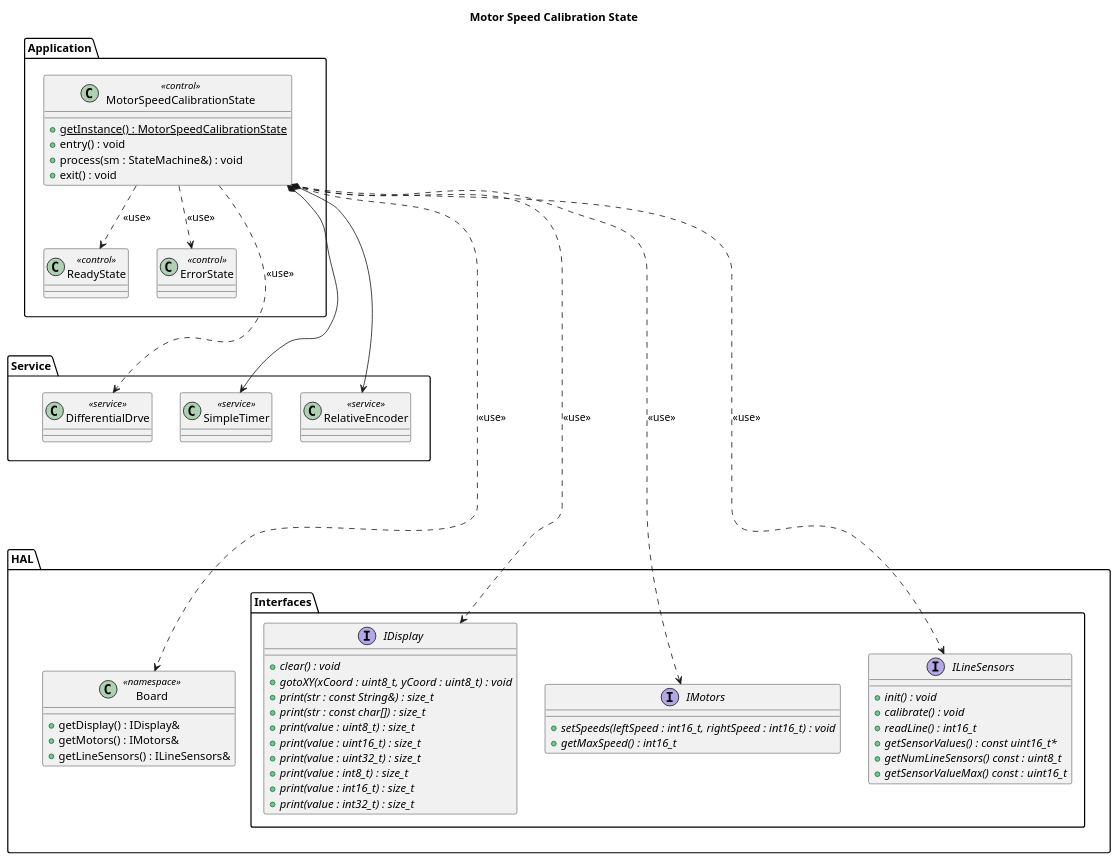
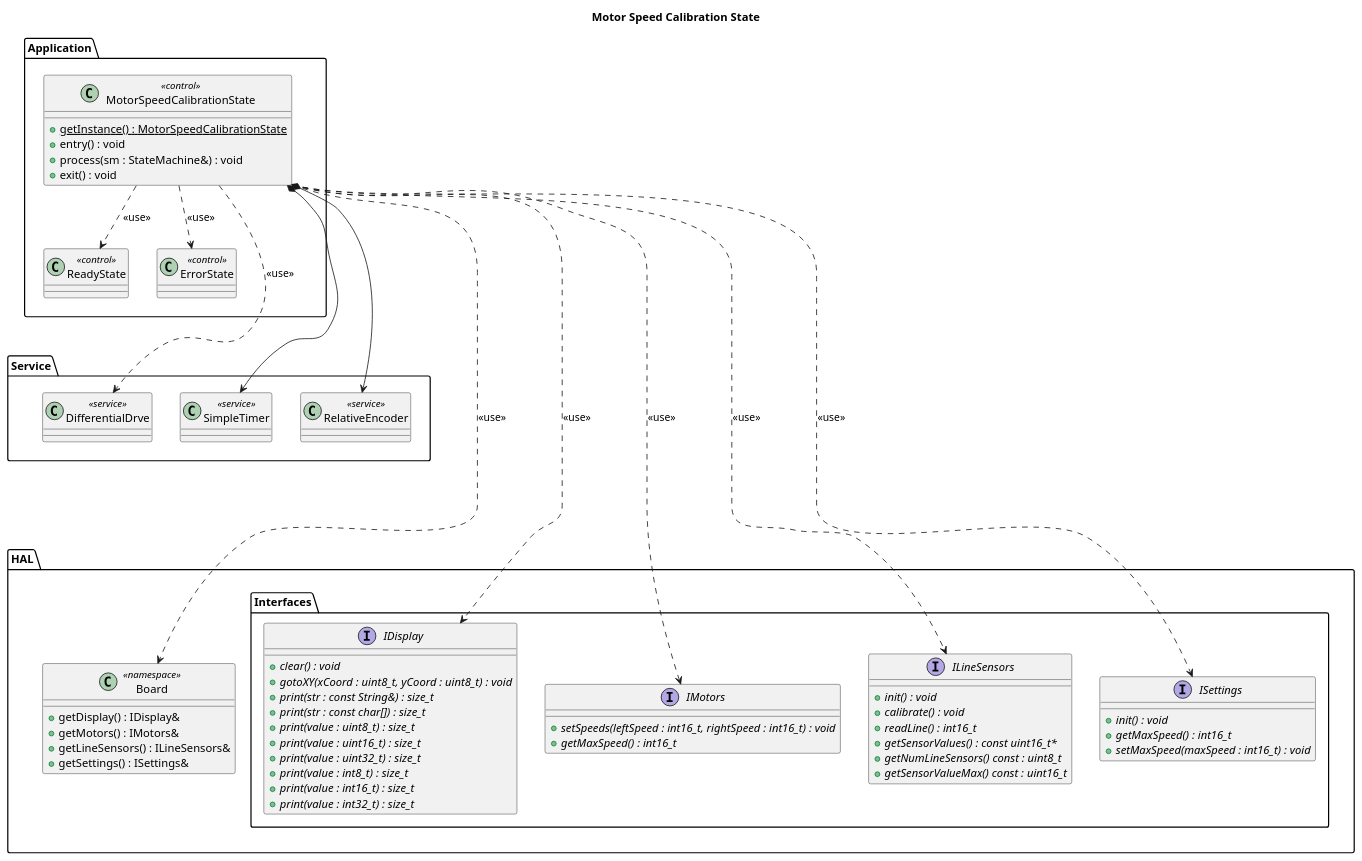
One commit to BlueAndi/RadonUlzer changed the diagram in doc/architecture/uml/LogicalView/LineFollower/MotorSpeedCalibrationState.plantuml. Above: the diagram before and after it, drawn with PlantUML. The commit also changed 12 other files, not shown here.

Commit message:
The max. motor speed calibration can now be skipped in startup state by pressing "B" button. Button "A" will still calibrate the max. motor speed and stores the result now in the settings.

```diff
--- a/doc/architecture/uml/LogicalView/LineFollower/MotorSpeedCalibrationState.plantuml
+++ b/doc/architecture/uml/LogicalView/LineFollower/MotorSpeedCalibrationState.plantuml
@@ -1,77 +1,85 @@
 @startuml
 
 title Motor Speed Calibration State
 
 package "Application" as appLayer {
 
     class MotorSpeedCalibrationState <<control>> {
         + {static} getInstance() : MotorSpeedCalibrationState
         + entry() : void
         + process(sm : StateMachine&) : void
         + exit() : void
     }
 
     class ReadyState <<control>>
     class ErrorState <<control>>
 
     MotorSpeedCalibrationState ..> ReadyState: <<use>>
     MotorSpeedCalibrationState ..> ErrorState: <<use>>
 }
 
 package "Service" as serviceLayer {
 
     class SimpleTimer <<service>>
     class RelativeEncoder <<service>>
     class DifferentialDrve <<service>>
 }
 
 package "HAL" as hal {
 
     package "Interfaces" as halInterfaces {
         interface IDisplay {
             + {abstract} clear() : void
             + {abstract} gotoXY(xCoord : uint8_t, yCoord : uint8_t) : void
             + {abstract} print(str : const String&) : size_t
             + {abstract} print(str : const char[]) : size_t
             + {abstract} print(value : uint8_t) : size_t
             + {abstract} print(value : uint16_t) : size_t
             + {abstract} print(value : uint32_t) : size_t
             + {abstract} print(value : int8_t) : size_t
             + {abstract} print(value : int16_t) : size_t
             + {abstract} print(value : int32_t) : size_t
         }
 
         interface IMotors {
             + {abstract} setSpeeds(leftSpeed : int16_t, rightSpeed : int16_t) : void
             + {abstract} getMaxSpeed() : int16_t
         }
 
         interface ILineSensors {
             + {abstract} init() : void
             + {abstract} calibrate() : void
             + {abstract} readLine() : int16_t
             + {abstract} getSensorValues() : const uint16_t*
             + {abstract} getNumLineSensors() const : uint8_t
             + {abstract} getSensorValueMax() const : uint16_t
         }
+
+        interface ISettings {
+            + {abstract} init() : void
+            + {abstract} getMaxSpeed() : int16_t
+            + {abstract} setMaxSpeed(maxSpeed : int16_t) : void
+        }
     }
 
     class Board << namespace >> {
         + getDisplay() : IDisplay&
         + getMotors() : IMotors&
         + getLineSensors() : ILineSensors&
+        + getSettings() : ISettings&
     }
 }
 
 appLayer -[hidden]-- serviceLayer
 serviceLayer -[hidden]-- hal
 
 MotorSpeedCalibrationState ....> IDisplay: <<use>>
 MotorSpeedCalibrationState ....> IMotors: <<use>>
 MotorSpeedCalibrationState ....> ILineSensors: <<use>>
+MotorSpeedCalibrationState ....> ISettings: <<use>>
 MotorSpeedCalibrationState ....> Board: <<use>>
 MotorSpeedCalibrationState *--> SimpleTimer
 MotorSpeedCalibrationState *--> RelativeEncoder
 MotorSpeedCalibrationState ...> DifferentialDrve: <<use>>
 
 @enduml
```
